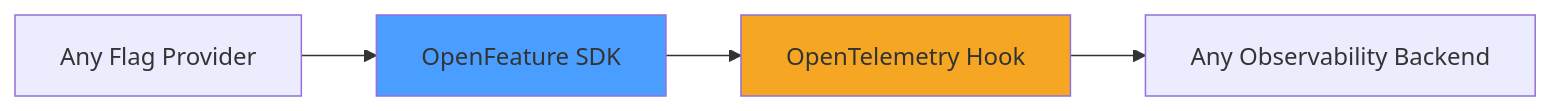
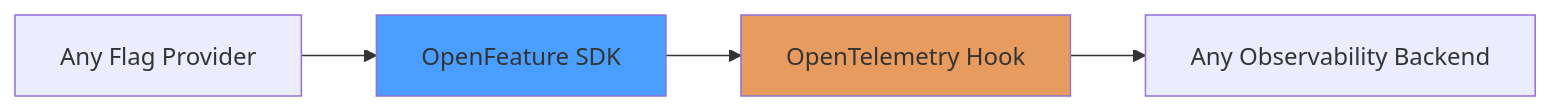
Before and after one commit to beeme1mr/kubecon-us-25-flag-observablity: the third of 4 diagrams in slides.md, drawn with Mermaid. The commit also changed other lines of this file and 1 other file, not shown here.

````diff
--- a/slides.md
+++ b/slides.md
@@ -1350,9 +1224,9 @@
 ```mermaid {scale: 0.8}
 graph LR
     A[Any Flag Provider] --> B[OpenFeature SDK]
     B --> C[OpenTelemetry Hook]
     C --> D[Any Observability Backend]
     
     style B fill:#4a9eff
-    style C fill:#f5a623
+    style C fill:#e89b5f
 ```
````
